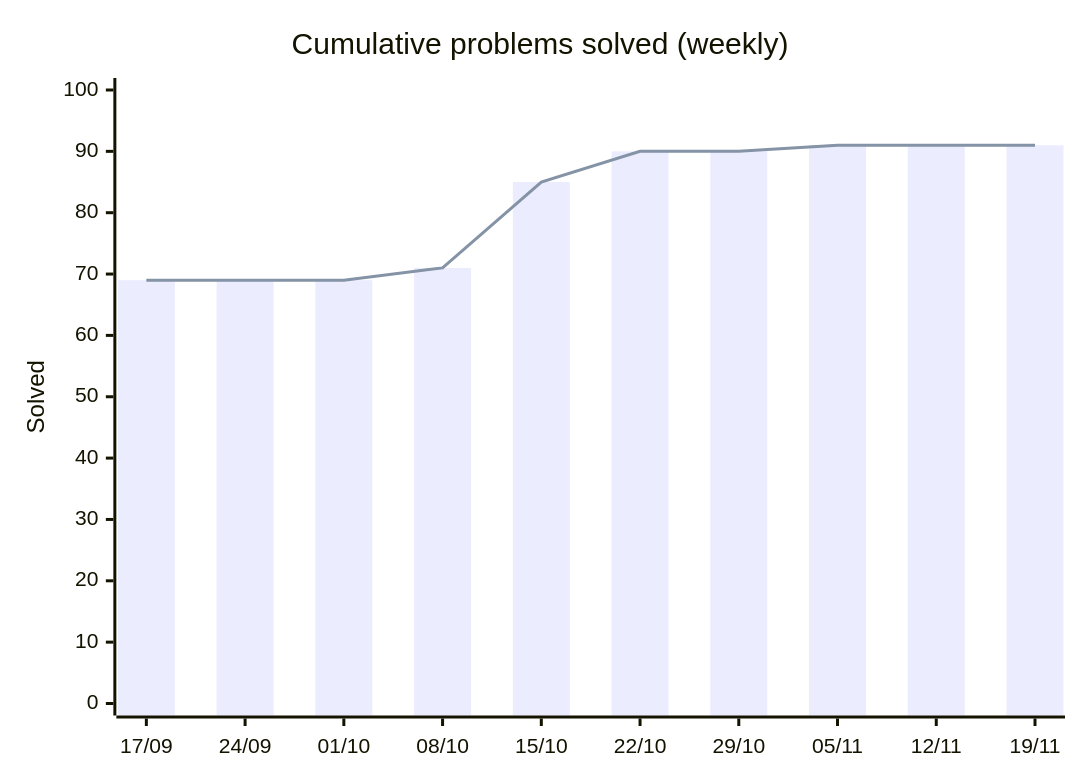
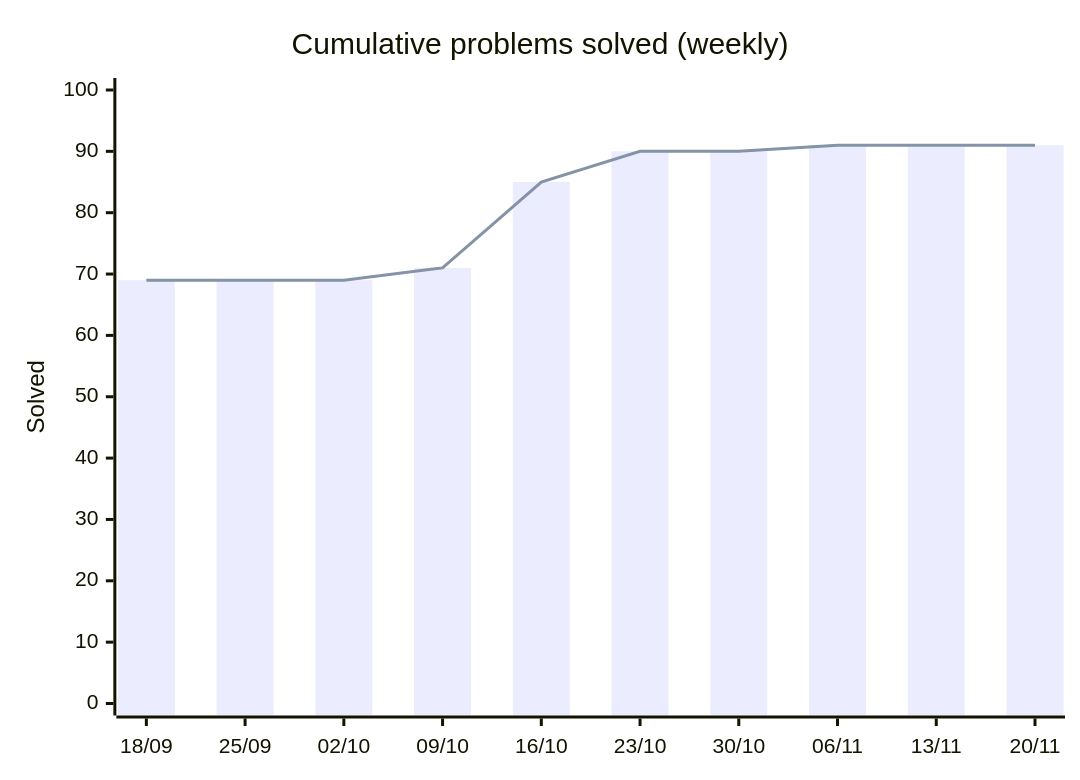
The first of 2 diagrams in README.md (HarryTrn/TensorTonic-Solutions), drawn with Mermaid before and after one commit. The commit also changed other lines of this file, not shown here.

Commit message:
docs: auto-update README [skip ci]

````diff
--- a/README.md
+++ b/README.md
@@ -65,8 +65,8 @@
 ```mermaid
 xychart-beta
     title "Cumulative problems solved (weekly)"
-    x-axis ["17/09", "24/09", "01/10", "08/10", "15/10", "22/10", "29/10", "05/11", "12/11", "19/11"]
+    x-axis ["18/09", "25/09", "02/10", "09/10", "16/10", "23/10", "30/10", "06/11", "13/11", "20/11"]
     y-axis "Solved" 0 --> 100
     bar [69, 69, 69, 71, 85, 90, 90, 91, 91, 91]
     line [69, 69, 69, 71, 85, 90, 90, 91, 91, 91]
 ```
````
